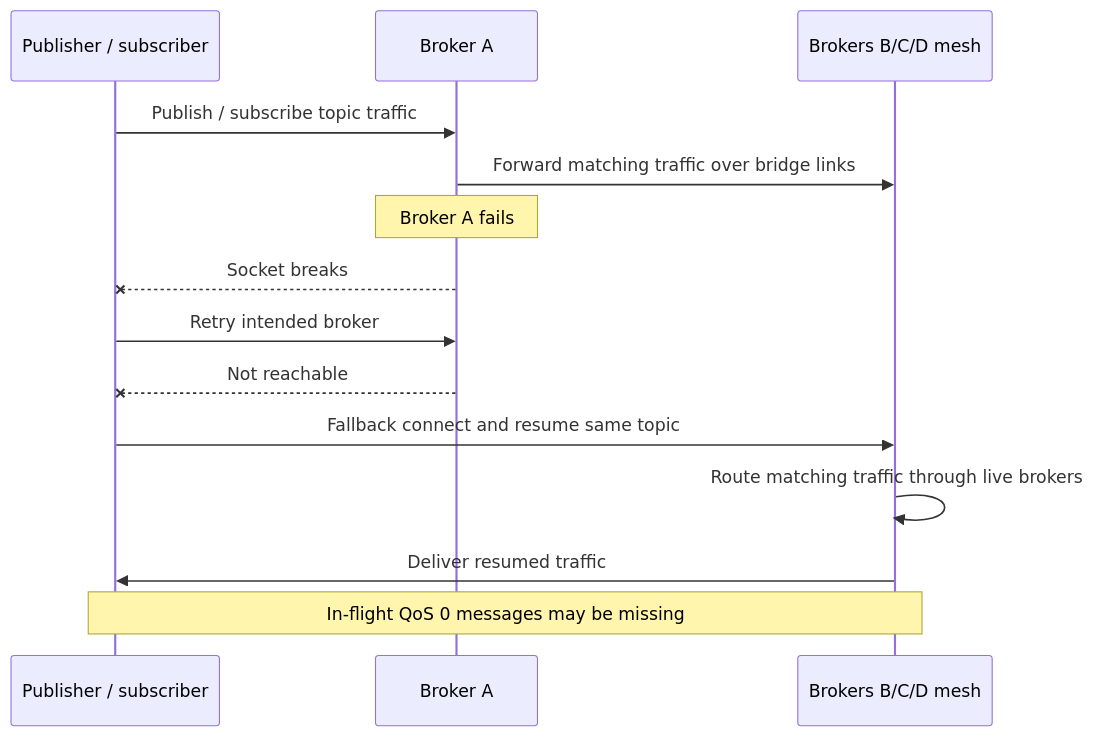
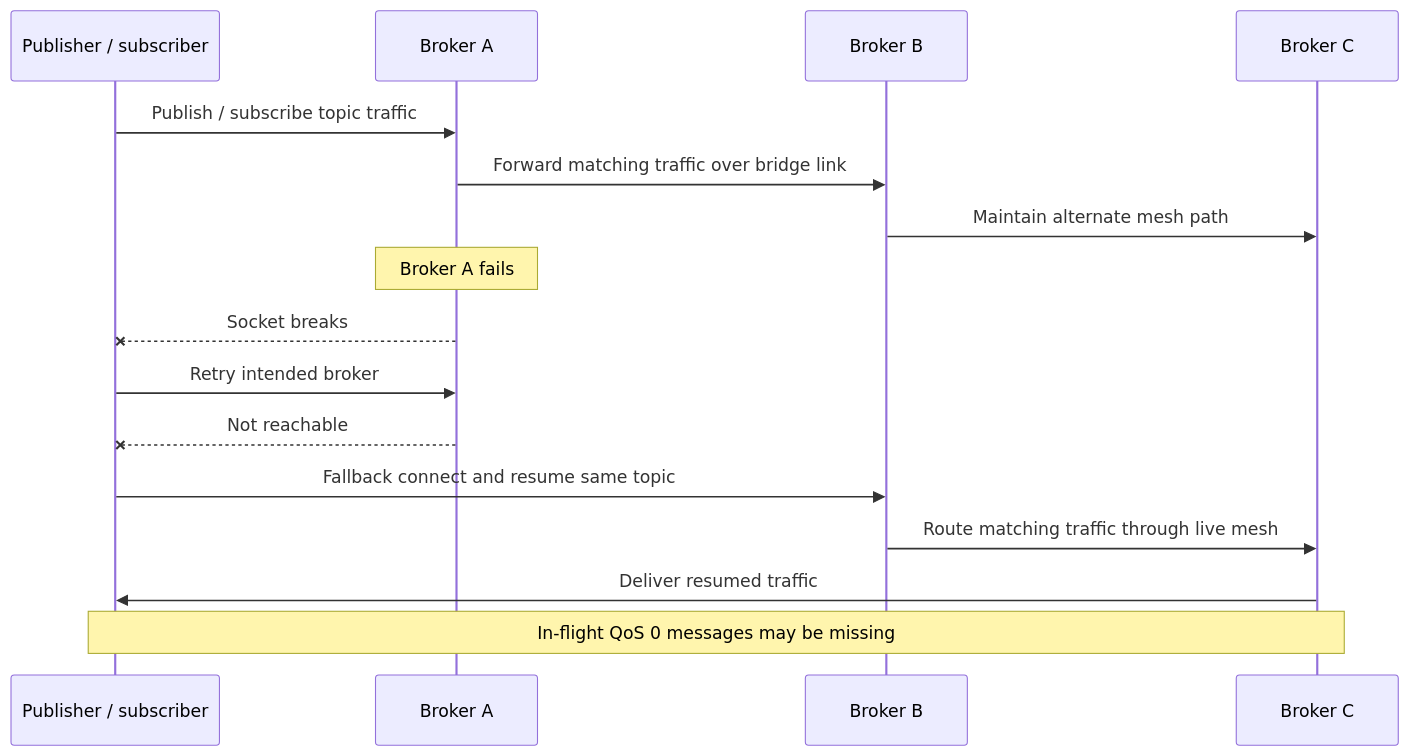
One commit to judadao/mqtt_field_bridge_app changed the third of 3 diagrams in README.md. Above: the diagram before and after it, drawn with Mermaid. The commit also changed other lines of this file and 1 other file, not shown here.

````diff
--- a/README.md
+++ b/README.md
@@ -154,19 +156,21 @@
 ```mermaid
 sequenceDiagram
     participant Client as Publisher / subscriber
     participant A as Broker A
-    participant Mesh as Brokers B/C/D mesh
+    participant B as Broker B
+    participant C as Broker C
 
     Client->>A: Publish / subscribe topic traffic
-    A->>Mesh: Forward matching traffic over bridge links
+    A->>B: Forward matching traffic over bridge link
+    B->>C: Maintain alternate mesh path
 
     Note over A: Broker A fails
     A--xClient: Socket breaks
     Client->>A: Retry intended broker
     A--xClient: Not reachable
 
-    Client->>Mesh: Fallback connect and resume same topic
-    Mesh->>Mesh: Route matching traffic through live brokers
-    Mesh->>Client: Deliver resumed traffic
-    Note over Client,Mesh: In-flight QoS 0 messages may be missing
+    Client->>B: Fallback connect and resume same topic
+    B->>C: Route matching traffic through live mesh
+    C->>Client: Deliver resumed traffic
+    Note over Client,C: In-flight QoS 0 messages may be missing
 ```
````
